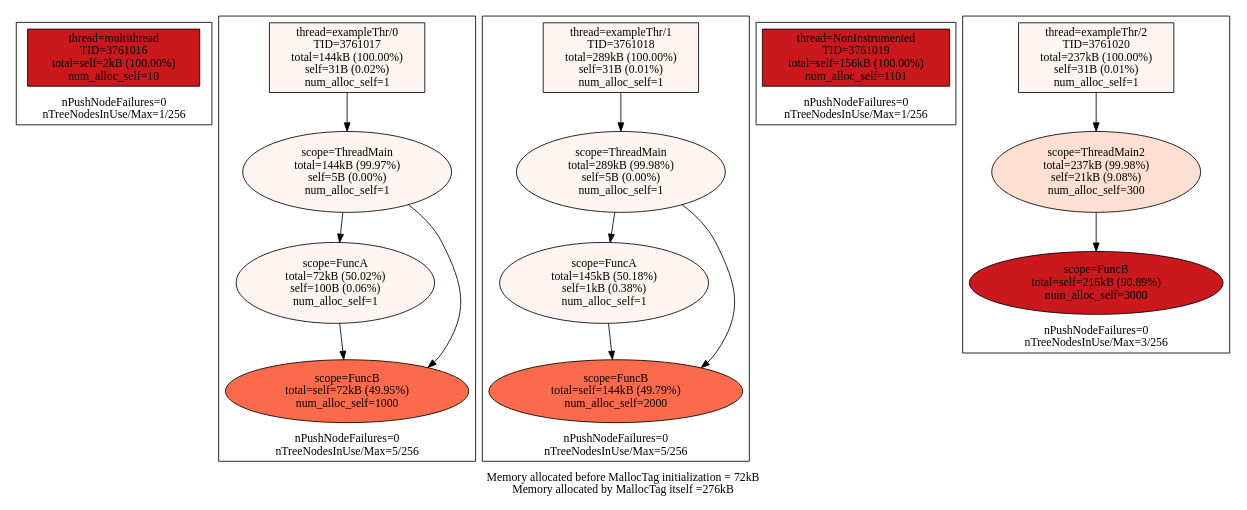
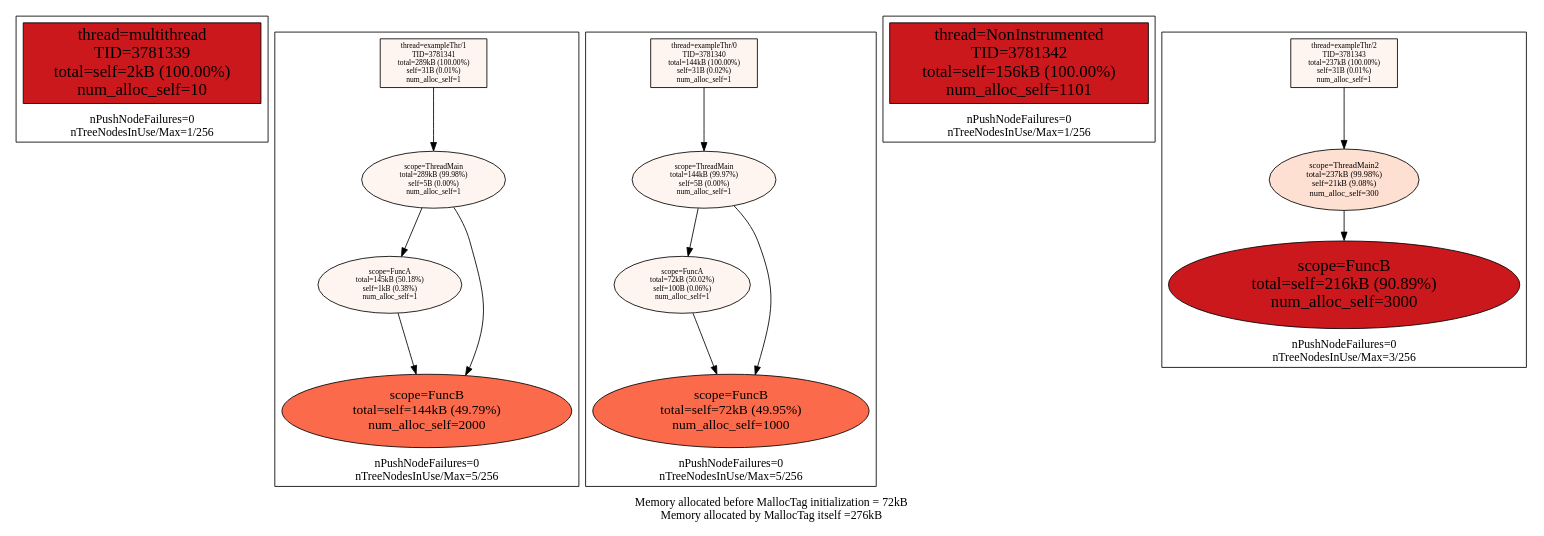
The diagram in examples/multithread/multithread_stats.dot (f18m/malloc-tag), drawn with Graphviz before and after one commit. The commit also changed 6 other files, not shown here.

```diff
--- a/examples/multithread/multithread_stats.dot
+++ b/examples/multithread/multithread_stats.dot
@@ -1,60 +1,60 @@
 digraph MallocTree {
 node [colorscheme=reds9 style=filled]
 labelloc="b"
 label="Memory allocated before MallocTag initialization = 72kB\nMemory allocated by MallocTag itself =276kB\n"
-subgraph cluster_TID3761016 {
+subgraph cluster_TID3781339 {
 node [colorscheme=reds9 style=filled]
 labelloc="b"
 label="nPushNodeFailures=0\nnTreeNodesInUse/Max=1/256\n"
-"3761016_multithread" [label="thread=multithread\nTID=3761016\ntotal=self=2kB (100.00%)\nnum_alloc_self=10" shape=box fillcolor=7]
+"3781339_multithread" [label="thread=multithread\nTID=3781339\ntotal=self=2kB (100.00%)\nnum_alloc_self=10" shape=box fillcolor=7 fontsize=20]
 }
 
-subgraph cluster_TID3761017 {
+subgraph cluster_TID3781341 {
 node [colorscheme=reds9 style=filled]
 labelloc="b"
 label="nPushNodeFailures=0\nnTreeNodesInUse/Max=5/256\n"
-"3761017_exampleThr/0" [label="thread=exampleThr/0\nTID=3761017\ntotal=144kB (100.00%)\nself=31B (0.02%)\nnum_alloc_self=1" shape=box fillcolor=1]
-"3761017_exampleThr/0" -> "3761017_ThreadMain"
-"3761017_ThreadMain" [label="scope=ThreadMain\ntotal=144kB (99.97%)\nself=5B (0.00%)\nnum_alloc_self=1" fillcolor=1]
-"3761017_ThreadMain" -> "3761017_FuncA"
-"3761017_ThreadMain" -> "3761017_FuncB"
-"3761017_FuncA" [label="scope=FuncA\ntotal=72kB (50.02%)\nself=100B (0.06%)\nnum_alloc_self=1" fillcolor=1]
-"3761017_FuncA" -> "3761017_FuncB"
-"3761017_FuncB" [label="scope=FuncB\ntotal=self=72kB (49.95%)\nnum_alloc_self=1000" fillcolor=5]
-"3761017_FuncB" [label="scope=FuncB\ntotal=self=72kB (49.95%)\nnum_alloc_self=1000" fillcolor=5]
+"3781341_exampleThr/1" [label="thread=exampleThr/1\nTID=3781341\ntotal=289kB (100.00%)\nself=31B (0.01%)\nnum_alloc_self=1" shape=box fillcolor=1 fontsize=9]
+"3781341_exampleThr/1" -> "3781341_ThreadMain"
+"3781341_ThreadMain" [label="scope=ThreadMain\ntotal=289kB (99.98%)\nself=5B (0.00%)\nnum_alloc_self=1" fillcolor=1 fontsize=9]
+"3781341_ThreadMain" -> "3781341_FuncA"
+"3781341_ThreadMain" -> "3781341_FuncB"
+"3781341_FuncA" [label="scope=FuncA\ntotal=145kB (50.18%)\nself=1kB (0.38%)\nnum_alloc_self=1" fillcolor=1 fontsize=9]
+"3781341_FuncA" -> "3781341_FuncB"
+"3781341_FuncB" [label="scope=FuncB\ntotal=self=144kB (49.79%)\nnum_alloc_self=2000" fillcolor=5 fontsize=16]
+"3781341_FuncB" [label="scope=FuncB\ntotal=self=144kB (49.79%)\nnum_alloc_self=2000" fillcolor=5 fontsize=16]
 }
 
-subgraph cluster_TID3761018 {
+subgraph cluster_TID3781340 {
 node [colorscheme=reds9 style=filled]
 labelloc="b"
 label="nPushNodeFailures=0\nnTreeNodesInUse/Max=5/256\n"
-"3761018_exampleThr/1" [label="thread=exampleThr/1\nTID=3761018\ntotal=289kB (100.00%)\nself=31B (0.01%)\nnum_alloc_self=1" shape=box fillcolor=1]
-"3761018_exampleThr/1" -> "3761018_ThreadMain"
-"3761018_ThreadMain" [label="scope=ThreadMain\ntotal=289kB (99.98%)\nself=5B (0.00%)\nnum_alloc_self=1" fillcolor=1]
-"3761018_ThreadMain" -> "3761018_FuncA"
-"3761018_ThreadMain" -> "3761018_FuncB"
-"3761018_FuncA" [label="scope=FuncA\ntotal=145kB (50.18%)\nself=1kB (0.38%)\nnum_alloc_self=1" fillcolor=1]
-"3761018_FuncA" -> "3761018_FuncB"
-"3761018_FuncB" [label="scope=FuncB\ntotal=self=144kB (49.79%)\nnum_alloc_self=2000" fillcolor=5]
-"3761018_FuncB" [label="scope=FuncB\ntotal=self=144kB (49.79%)\nnum_alloc_self=2000" fillcolor=5]
+"3781340_exampleThr/0" [label="thread=exampleThr/0\nTID=3781340\ntotal=144kB (100.00%)\nself=31B (0.02%)\nnum_alloc_self=1" shape=box fillcolor=1 fontsize=9]
+"3781340_exampleThr/0" -> "3781340_ThreadMain"
+"3781340_ThreadMain" [label="scope=ThreadMain\ntotal=144kB (99.97%)\nself=5B (0.00%)\nnum_alloc_self=1" fillcolor=1 fontsize=9]
+"3781340_ThreadMain" -> "3781340_FuncA"
+"3781340_ThreadMain" -> "3781340_FuncB"
+"3781340_FuncA" [label="scope=FuncA\ntotal=72kB (50.02%)\nself=100B (0.06%)\nnum_alloc_self=1" fillcolor=1 fontsize=9]
+"3781340_FuncA" -> "3781340_FuncB"
+"3781340_FuncB" [label="scope=FuncB\ntotal=self=72kB (49.95%)\nnum_alloc_self=1000" fillcolor=5 fontsize=16]
+"3781340_FuncB" [label="scope=FuncB\ntotal=self=72kB (49.95%)\nnum_alloc_self=1000" fillcolor=5 fontsize=16]
 }
 
-subgraph cluster_TID3761019 {
+subgraph cluster_TID3781342 {
 node [colorscheme=reds9 style=filled]
 labelloc="b"
 label="nPushNodeFailures=0\nnTreeNodesInUse/Max=1/256\n"
-"3761019_NonInstrumented" [label="thread=NonInstrumented\nTID=3761019\ntotal=self=156kB (100.00%)\nnum_alloc_self=1101" shape=box fillcolor=7]
+"3781342_NonInstrumented" [label="thread=NonInstrumented\nTID=3781342\ntotal=self=156kB (100.00%)\nnum_alloc_self=1101" shape=box fillcolor=7 fontsize=20]
 }
 
-subgraph cluster_TID3761020 {
+subgraph cluster_TID3781343 {
 node [colorscheme=reds9 style=filled]
 labelloc="b"
 label="nPushNodeFailures=0\nnTreeNodesInUse/Max=3/256\n"
-"3761020_exampleThr/2" [label="thread=exampleThr/2\nTID=3761020\ntotal=237kB (100.00%)\nself=31B (0.01%)\nnum_alloc_self=1" shape=box fillcolor=1]
-"3761020_exampleThr/2" -> "3761020_ThreadMain2"
-"3761020_ThreadMain2" [label="scope=ThreadMain2\ntotal=237kB (99.98%)\nself=21kB (9.08%)\nnum_alloc_self=300" fillcolor=2]
-"3761020_ThreadMain2" -> "3761020_FuncB"
-"3761020_FuncB" [label="scope=FuncB\ntotal=self=216kB (90.89%)\nnum_alloc_self=3000" fillcolor=7]
+"3781343_exampleThr/2" [label="thread=exampleThr/2\nTID=3781343\ntotal=237kB (100.00%)\nself=31B (0.01%)\nnum_alloc_self=1" shape=box fillcolor=1 fontsize=9]
+"3781343_exampleThr/2" -> "3781343_ThreadMain2"
+"3781343_ThreadMain2" [label="scope=ThreadMain2\ntotal=237kB (99.98%)\nself=21kB (9.08%)\nnum_alloc_self=300" fillcolor=2 fontsize=10]
+"3781343_ThreadMain2" -> "3781343_FuncB"
+"3781343_FuncB" [label="scope=FuncB\ntotal=self=216kB (90.89%)\nnum_alloc_self=3000" fillcolor=7 fontsize=20]
 }
 
 }
```
